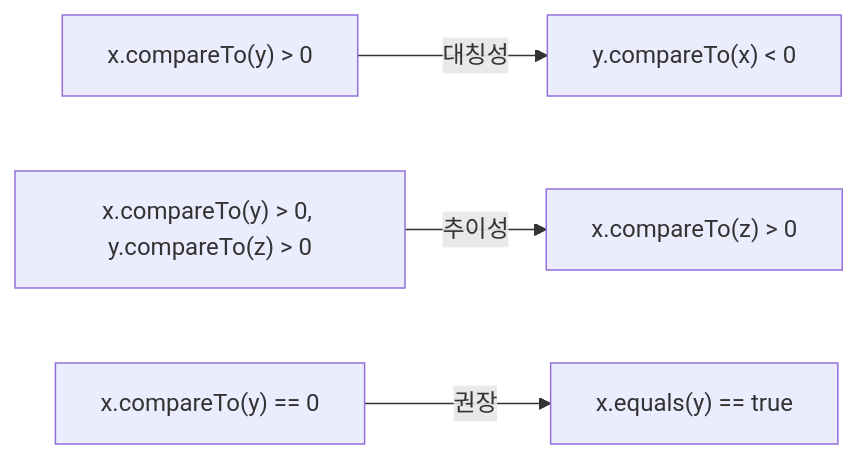
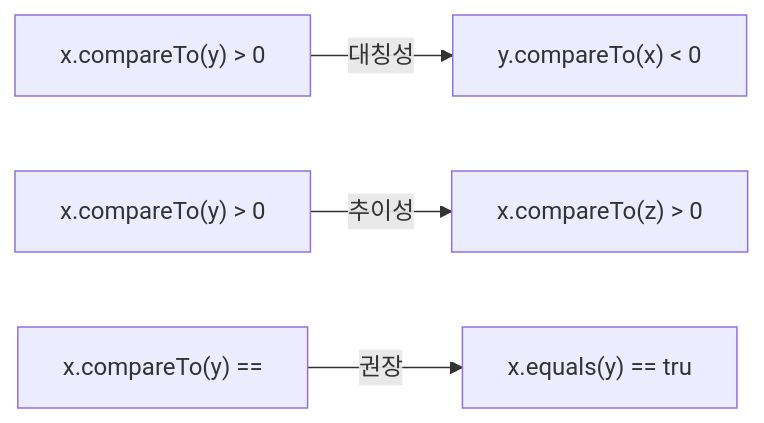
Before and after one commit to yjkim2015/yjkim2015.github.io: the fourth of 4 diagrams in _posts/effective_java/2026-05-03-effective-java-common-methods.md, drawn with Mermaid. The commit also changed other lines of this file and 271 other files, not shown here.

First line of the commit message:
Mermaid 라벨 축소: 긴 노드 텍스트 18자 이하로 트림 + \n 제거

````diff
--- a/_posts/effective_java/2026-05-03-effective-java-common-methods.md
+++ b/_posts/effective_java/2026-05-03-effective-java-common-methods.md
@@ -253,6 +253,6 @@
 ```mermaid
 flowchart LR
     A["x.compareTo(y) > 0"] -->|"대칭성"| B["y.compareTo(x) < 0"]
-    C["x.compareTo(y) > 0, y.compareTo(z) > 0"] -->|"추이성"| D["x.compareTo(z) > 0"]
-    E["x.compareTo(y) == 0"] -->|"권장"| F["x.equals(y) == true"]
+    C["x.compareTo(y) > 0"] -->|"추이성"| D["x.compareTo(z) > 0"]
+    E["x.compareTo(y) =="] -->|"권장"| F["x.equals(y) == tru"]
 ```
````
